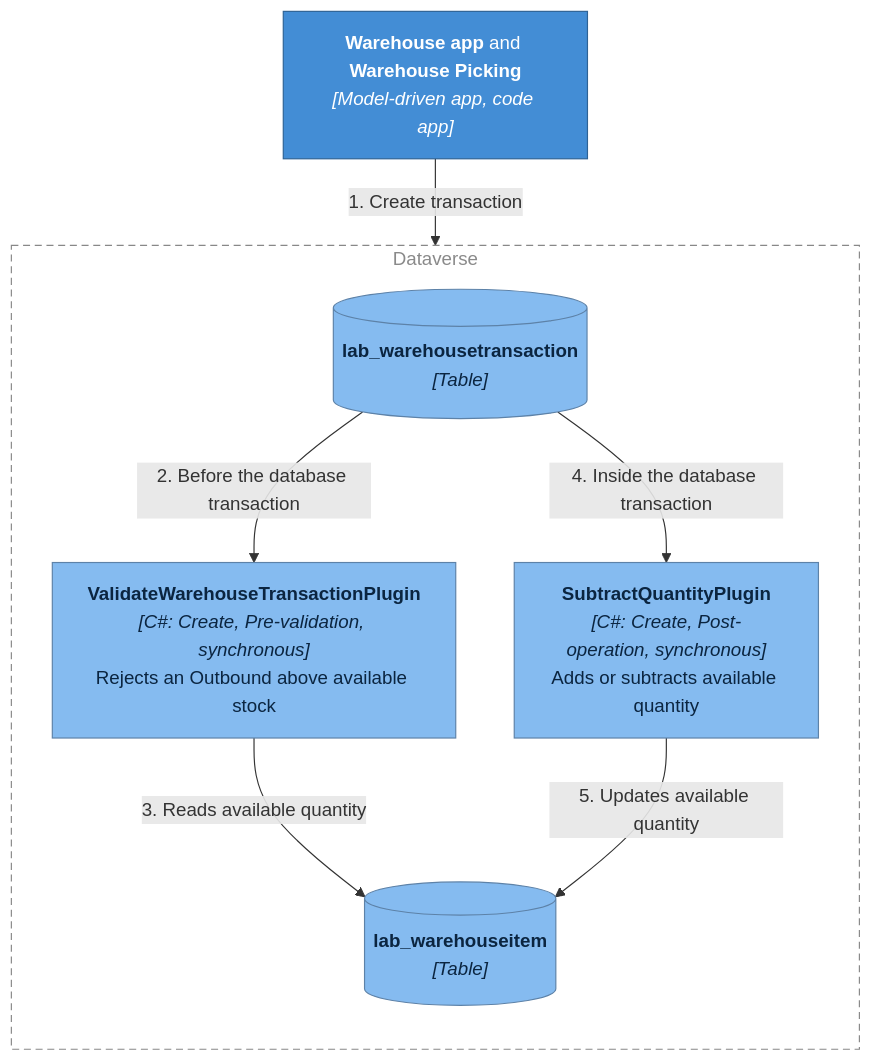
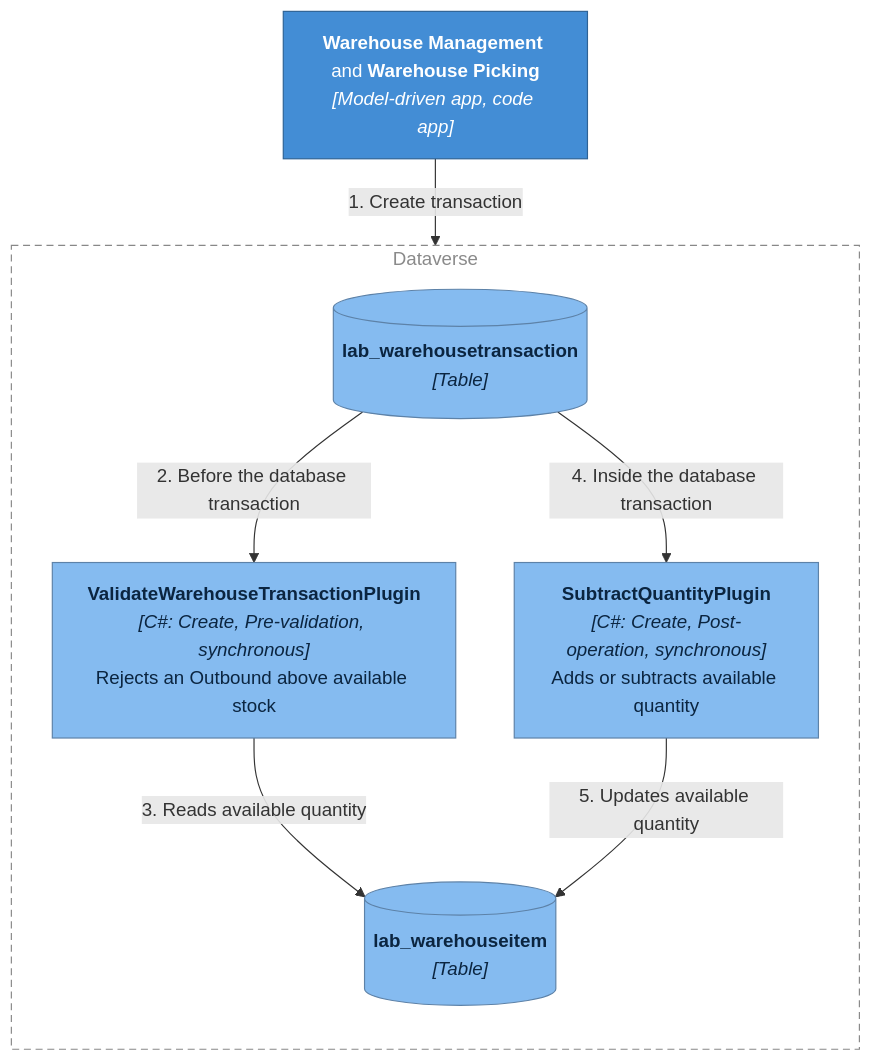
One commit to ANyingifa/lab changed the third of 4 diagrams in docs/design/00-solution-architecture.md. Above: the diagram before and after it, drawn with Mermaid. The commit also changed other lines of this file and 15 other files, not shown here.

````diff
--- a/docs/design/00-solution-architecture.md
+++ b/docs/design/00-solution-architecture.md
@@ -104,24 +104,24 @@
 ```mermaid
 flowchart TB
-  apps["<b>Warehouse app</b> and <b>Warehouse Picking</b><br/><i>[Model-driven app, code app]</i>"]
+  apps["<b>Warehouse Management</b> and <b>Warehouse Picking</b><br/><i>[Model-driven app, code app]</i>"]
 
   subgraph dv["Dataverse"]
     direction TB
     tx[("<b>lab_warehousetransaction</b><br/><i>[Table]</i>")]
     validate["<b>ValidateWarehouseTransactionPlugin</b><br/><i>[C#: Create, Pre-validation, synchronous]</i><br/>Rejects an Outbound above available stock"]
     stock["<b>SubtractQuantityPlugin</b><br/><i>[C#: Create, Post-operation, synchronous]</i><br/>Adds or subtracts available quantity"]
     item[("<b>lab_warehouseitem</b><br/><i>[Table]</i>")]
   end
 
   apps -- "1. Create transaction" --> tx
   tx -- "2. Before the database transaction" --> validate
   validate -- "3. Reads available quantity" --> item
   tx -- "4. Inside the database transaction" --> stock
   stock -- "5. Updates available quantity" --> item
 
   classDef container fill:#438dd5,stroke:#2e6295,color:#ffffff
   classDef component fill:#85bbf0,stroke:#5d82a8,color:#0b2540
   class apps container
   class tx,validate,stock,item component
   style dv fill:none,stroke:#888888,stroke-dasharray:6 4,color:#8a8a8a
 ```
````
